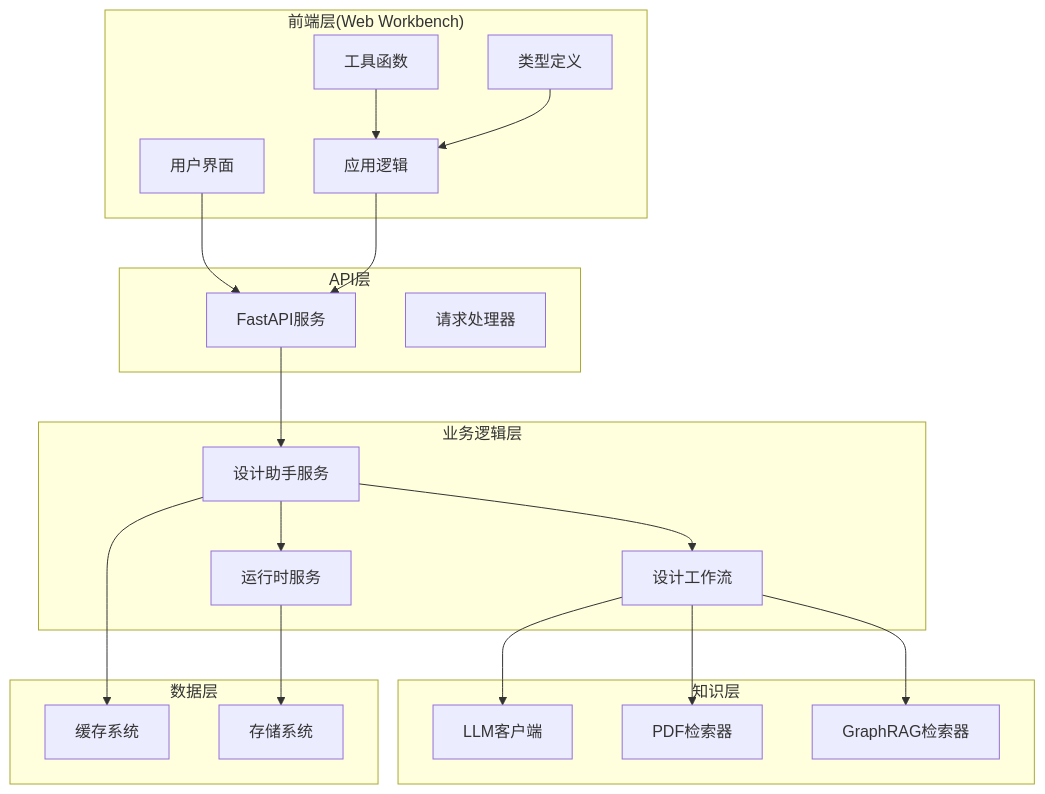
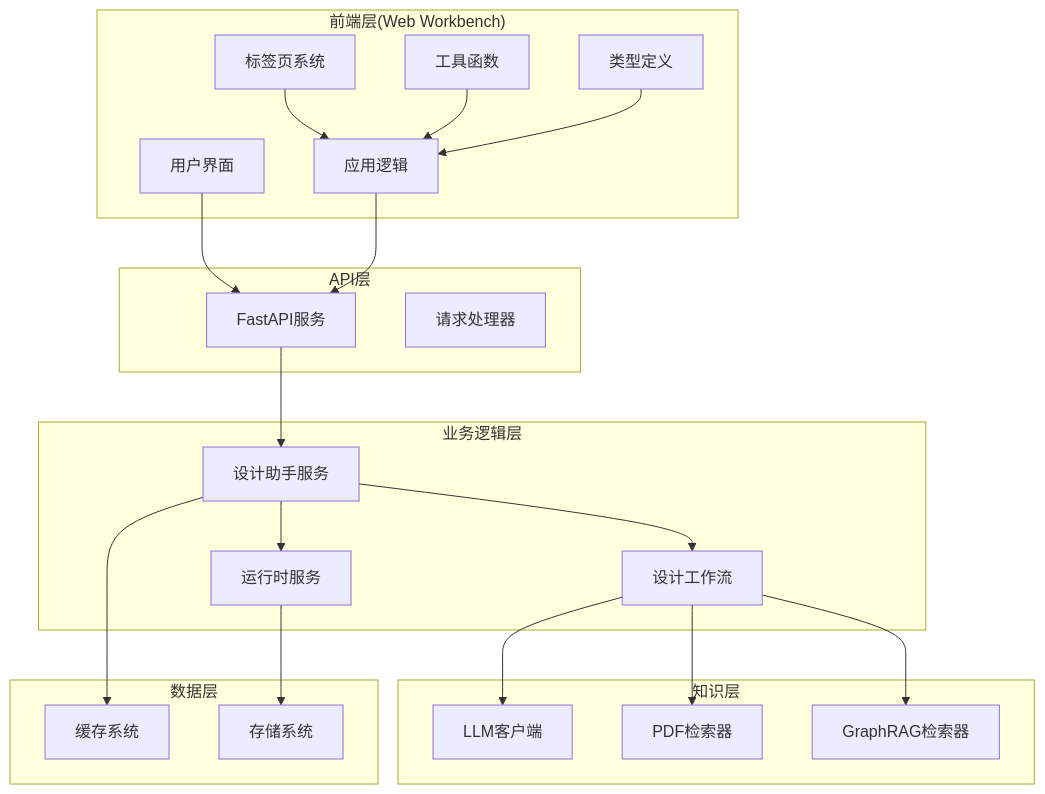
The second of 8 diagrams in .qoder/repowiki/zh/content/Web界面系统/工作台界面/设计草案面板.md (wsqstar/RoadGen3D), drawn with Mermaid before and after one commit. The commit also changed other lines of this file and 8 other files, not shown here.

````diff
--- a/.qoder/repowiki/zh/content/Web界面系统/工作台界面/设计草案面板.md
+++ b/.qoder/repowiki/zh/content/Web界面系统/工作台界面/设计草案面板.md
@@ -39,39 +95,41 @@
 ```mermaid
 graph TB
 subgraph "前端层(Web Workbench)"
 UI[用户界面]
 App[应用逻辑]
 Utils[工具函数]
 Types[类型定义]
+Tabs[标签页系统]
 end
 subgraph "API层"
 API[FastAPI服务]
 Handler[请求处理器]
 end
 subgraph "业务逻辑层"
 Service[设计助手服务]
 Workflow[设计工作流]
 Runtime[运行时服务]
 end
 subgraph "知识层"
 LLM[LLM客户端]
 PDFRAG[PDF检索器]
 GraphRAG[GraphRAG检索器]
 end
 subgraph "数据层"
 Cache[缓存系统]
 Storage[存储系统]
 end
 UI --> API
 App --> API
+Tabs --> App
 Utils --> App
 Types --> App
 API --> Service
 Service --> Workflow
 Service --> Runtime
 Workflow --> LLM
 Workflow --> PDFRAG
 Workflow --> GraphRAG
 Service --> Cache
 Runtime --> Storage
 ```
````
